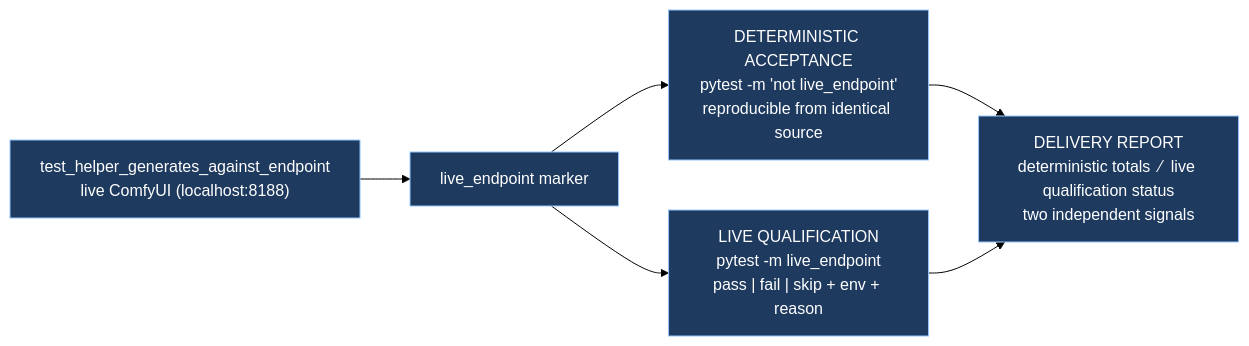
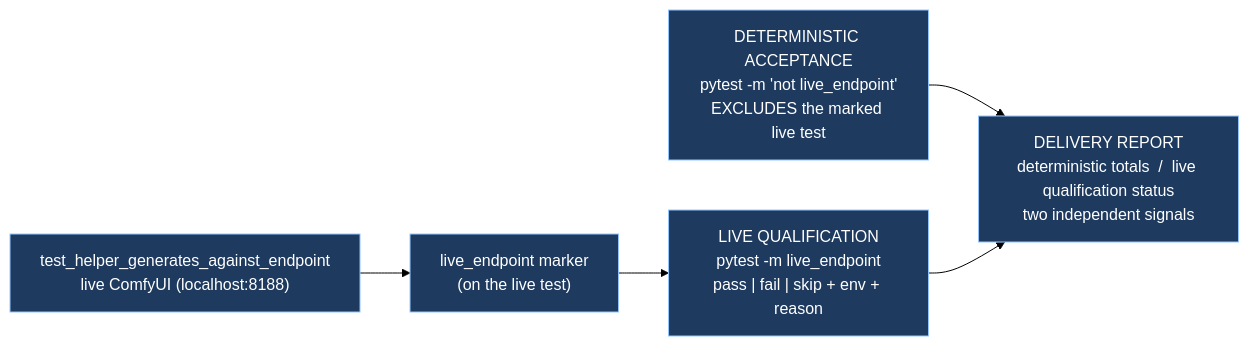
The diagram in docs/phases/P13__Daily_Fleet_Operation_in_Drivr/P13-M48-E48.2__spec__deterministic-acceptance-live-qualification-separate.mmd (panchew/ai-project-system), drawn with Mermaid (forest theme) before and after one commit.

Commit message:
governance(P13-M48): fix E48.2 diagram — live-marked test routes to qualification, excluded from deterministic

```diff
--- a/docs/phases/P13__Daily_Fleet_Operation_in_Drivr/P13-M48-E48.2__spec__deterministic-acceptance-live-qualification-separate.mmd
+++ b/docs/phases/P13__Daily_Fleet_Operation_in_Drivr/P13-M48-E48.2__spec__deterministic-acceptance-live-qualification-separate.mmd
@@ -1,14 +1,14 @@
 flowchart LR
   LIVE["test_helper_generates_against_endpoint<br/>live ComfyUI (localhost:8188)"]
-  MARK["live_endpoint marker"]
-  DET["DETERMINISTIC ACCEPTANCE<br/>pytest -m 'not live_endpoint'<br/>reproducible from identical source"]
+  MARK["live_endpoint marker<br/>(on the live test)"]
+  DET["DETERMINISTIC ACCEPTANCE<br/>pytest -m 'not live_endpoint'<br/>EXCLUDES the marked live test"]
   QUAL["LIVE QUALIFICATION<br/>pytest -m live_endpoint<br/>pass | fail | skip + env + reason"]
-  REP["DELIVERY REPORT<br/>deterministic totals  ⁄  live qualification status<br/>two independent signals"]
+  REP["DELIVERY REPORT<br/>deterministic totals  /  live qualification status<br/>two independent signals"]
 
-  LIVE --> MARK --> DET
+  LIVE --> MARK
   MARK --> QUAL
   DET --> REP
   QUAL --> REP
 
   classDef a fill:#1e3a5f,stroke:#93c5fd,color:#fff
   class LIVE,MARK,DET,QUAL,REP a
```
